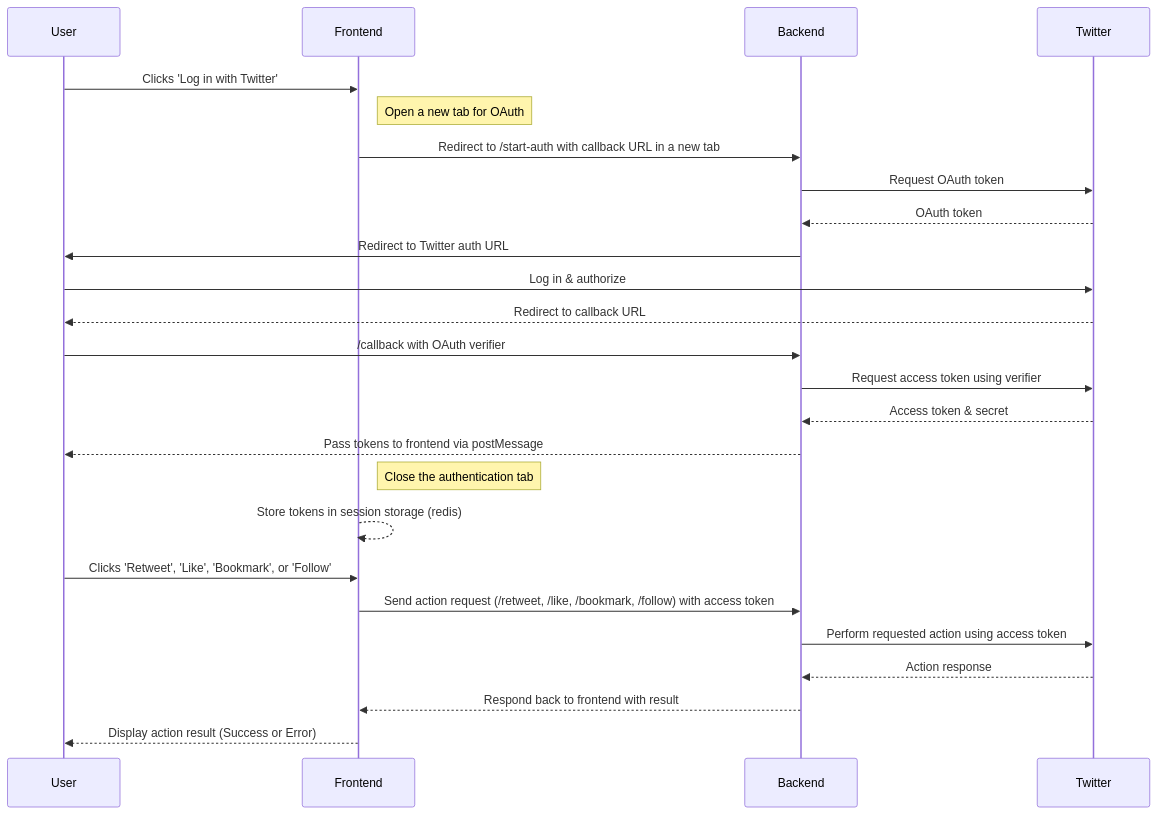
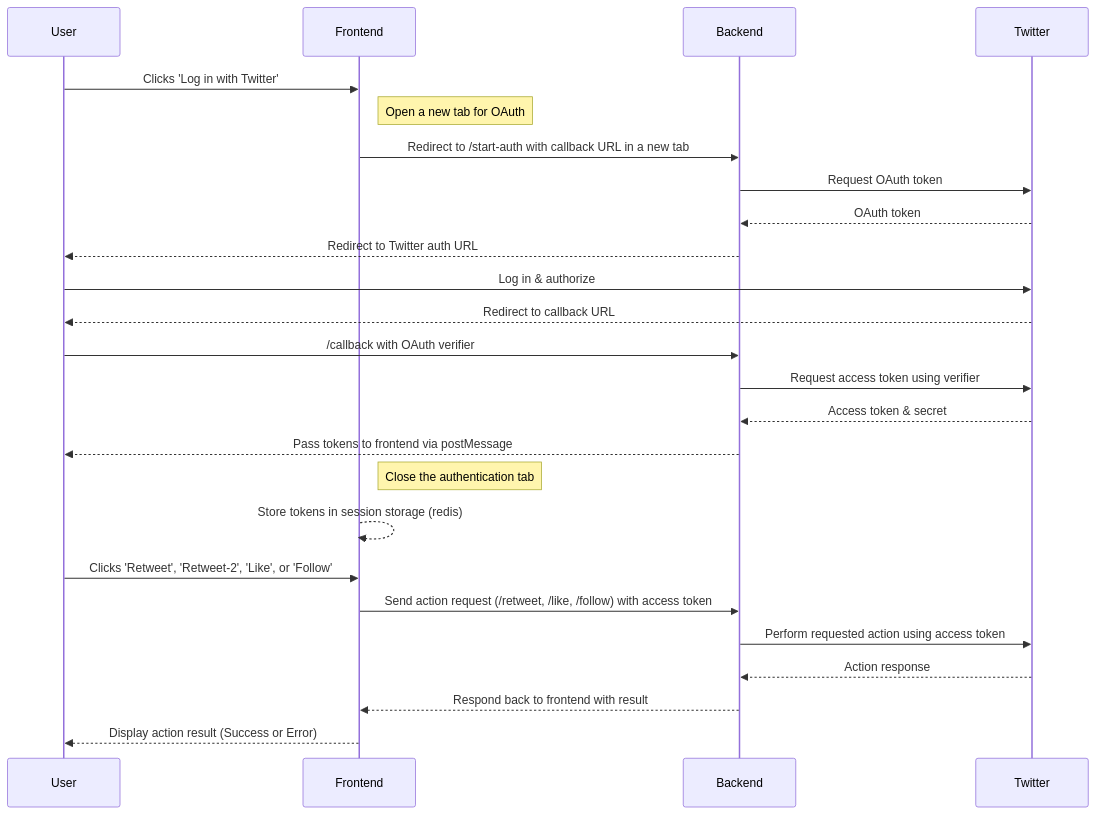
One commit to BTI-US/Lotso-Twitter-Auth changed the first of 2 diagrams in README.md. Above: the diagram before and after it, drawn with Mermaid. The commit also changed other lines of this file and 6 other files, not shown here.

````diff
--- a/README.md
+++ b/README.md
@@ -49,28 +49,28 @@
 ```mermaid
 sequenceDiagram
     participant U as User
     participant F as Frontend
     participant B as Backend
     participant T as Twitter
 
     U->>F: Clicks 'Log in with Twitter'
     note right of F: Open a new tab for OAuth
     F->>B: Redirect to /start-auth with callback URL in a new tab
     B->>T: Request OAuth token
     T-->>B: OAuth token
-    B->>U: Redirect to Twitter auth URL
+    B-->>U: Redirect to Twitter auth URL
     U->>T: Log in & authorize
     T-->>U: Redirect to callback URL
     U->>B: /callback with OAuth verifier
     B->>T: Request access token using verifier
     T-->>B: Access token & secret
     B-->>U: Pass tokens to frontend via postMessage
     note right of F: Close the authentication tab
     F-->>F: Store tokens in session storage (redis)
-    U->>F: Clicks 'Retweet', 'Like', 'Bookmark', or 'Follow'
-    F->>B: Send action request (/retweet, /like, /bookmark, /follow) with access token
+    U->>F: Clicks 'Retweet', 'Retweet-2', 'Like', or 'Follow'
+    F->>B: Send action request (/retweet, /like, /follow) with access token
     B->>T: Perform requested action using access token
     T-->>B: Action response
     B-->>F: Respond back to frontend with result
     F-->>U: Display action result (Success or Error)
 ```
````
